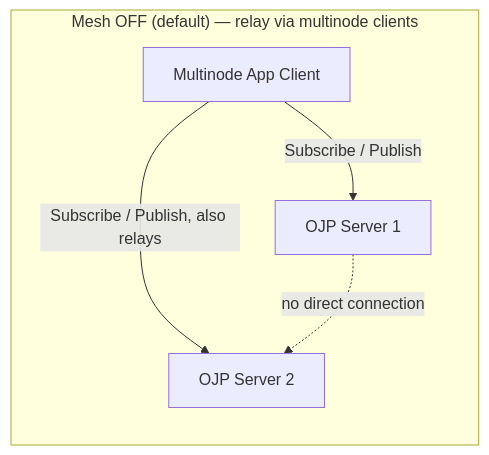
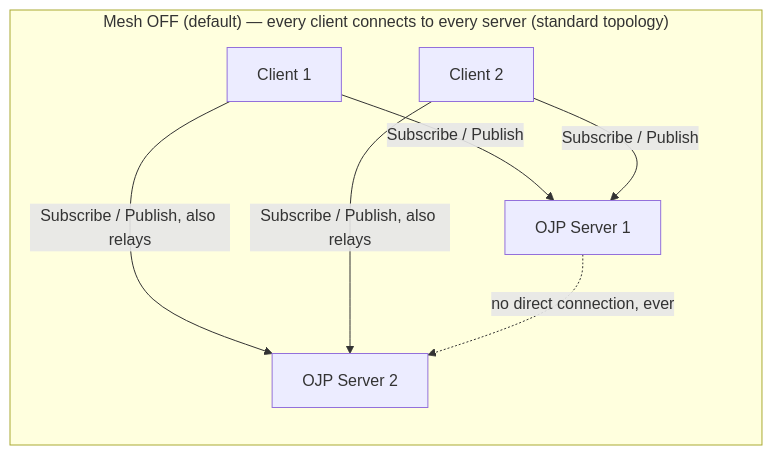
Before and after one commit to Open-JDBC-Proxy/ojp: the first of 2 diagrams in documents/analysis/OJP_MESSAGING_PROTOCOL_SUMMARY.md, drawn with Mermaid. The commit also changed other lines of this file and 2 other files, not shown here.

````diff
--- a/documents/analysis/OJP_MESSAGING_PROTOCOL_SUMMARY.md
+++ b/documents/analysis/OJP_MESSAGING_PROTOCOL_SUMMARY.md
@@ -73,8 +91,10 @@
 ```mermaid
 graph LR
-    subgraph "Mesh OFF (default) — relay via multinode clients"
-        CM[Multinode App Client] -->|Subscribe / Publish| S1[OJP Server 1]
-        CM -->|Subscribe / Publish, also relays| S2[OJP Server 2]
-        S1 -.->|no direct connection| S2
+    subgraph "Mesh OFF (default) — every client connects to every server (standard topology)"
+        CM1[Client 1] -->|Subscribe / Publish| S1[OJP Server 1]
+        CM1 -->|Subscribe / Publish, also relays| S2[OJP Server 2]
+        CM2[Client 2] -->|Subscribe / Publish| S1
+        CM2 -->|Subscribe / Publish, also relays| S2
+        S1 -.->|no direct connection, ever| S2
     end
 ```
````
